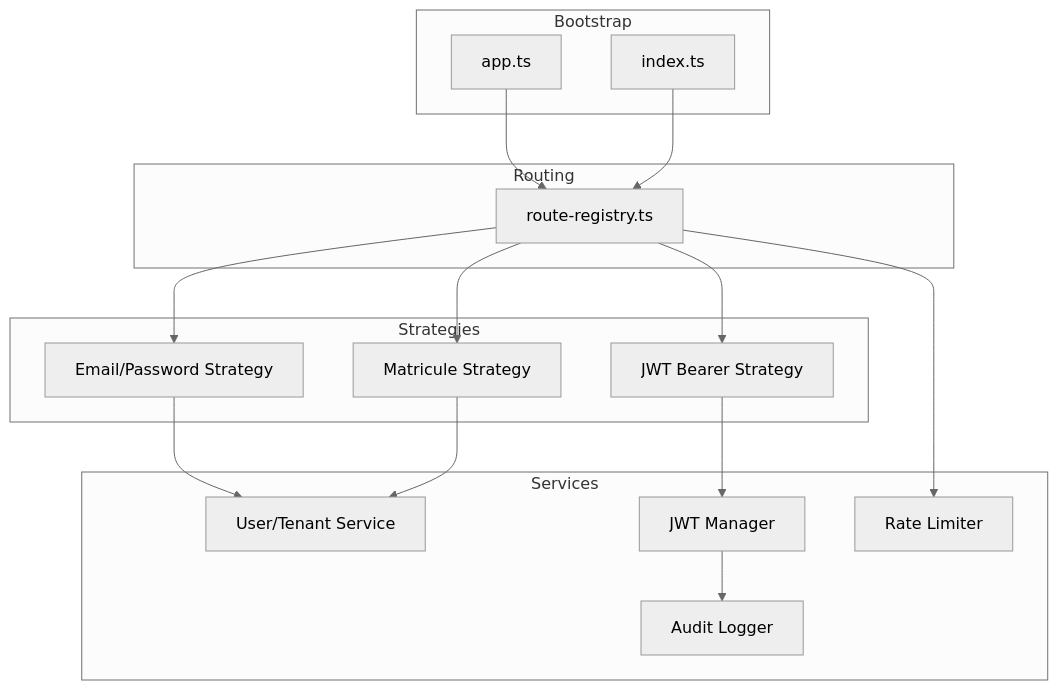
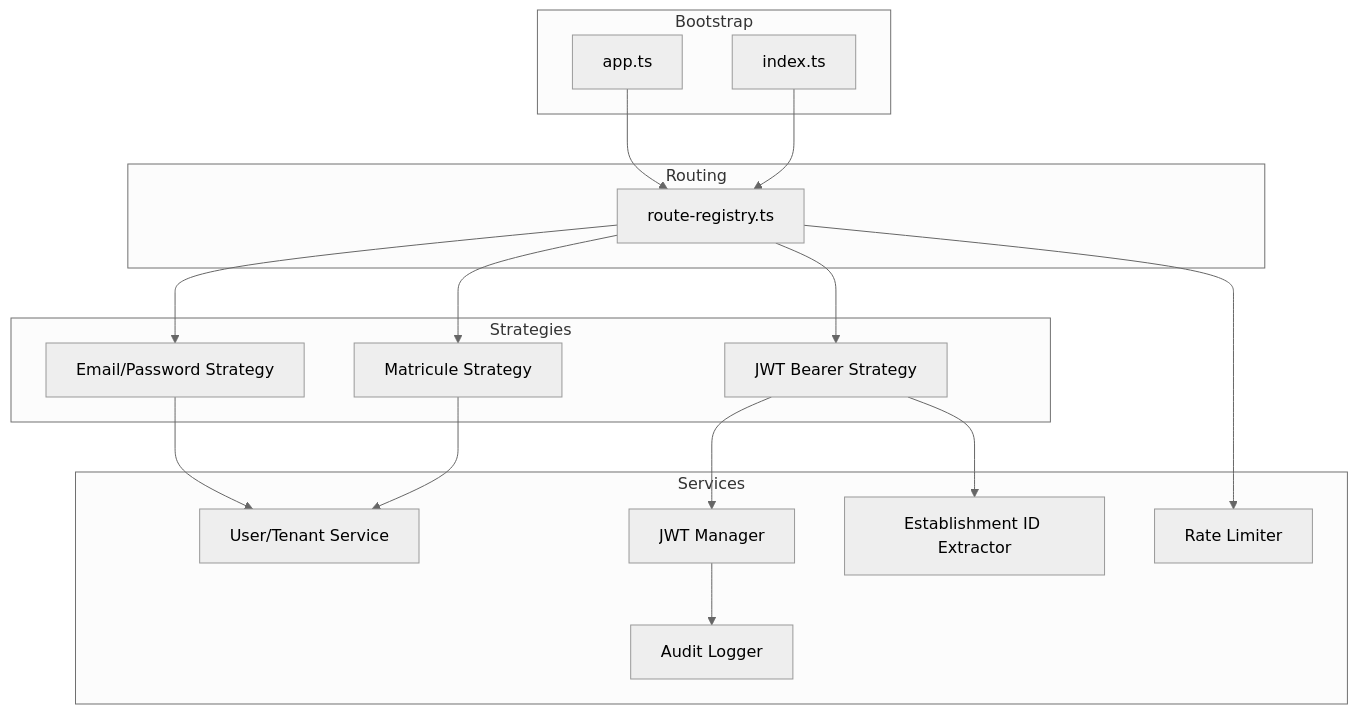
The fifth of 5 diagrams in .qoder/repowiki/en/content/Core Systems/Authentication & Authorization/Authentication Strategies/Authentication Strategies.md (franckylab/eLISAschool), drawn with Mermaid (neutral theme) before and after one commit. The commit also changed other lines of this file and 6 other files, not shown here.

````diff
--- a/.qoder/repowiki/en/content/Core Systems/Authentication & Authorization/Authentication Strategies/Authentication Strategies.md
+++ b/.qoder/repowiki/en/content/Core Systems/Authentication & Authorization/Authentication Strategies/Authentication Strategies.md
@@ -268,31 +296,33 @@
 ```mermaid
 graph TB
 subgraph "Bootstrap"
 A["app.ts"]
 B["index.ts"]
 end
 subgraph "Routing"
 C["route-registry.ts"]
 end
 subgraph "Strategies"
 D["Email/Password Strategy"]
 E["Matricule Strategy"]
 F["JWT Bearer Strategy"]
 end
 subgraph "Services"
 G["User/Tenant Service"]
 H["JWT Manager"]
 I["Audit Logger"]
 J["Rate Limiter"]
+K["Establishment ID Extractor"]
 end
 A --> C
 B --> C
 C --> D
 C --> E
 C --> F
 D --> G
 E --> G
 F --> H
 H --> I
 C --> J
+F --> K
 ```
````
